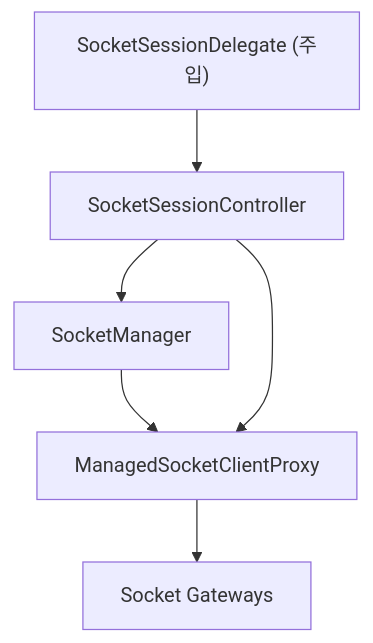
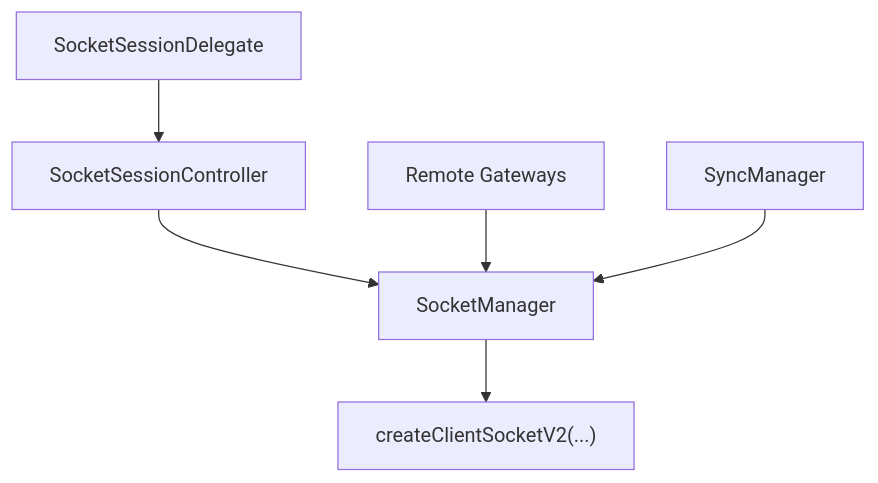
The diagram in libs/app-runtime/docs/socket/socket.md (lemoncloud-io/dou-app), drawn with Mermaid before and after one commit. The commit also changed other lines of this file and 7 other files, not shown here.

````diff
--- a/libs/app-runtime/docs/socket/socket.md
+++ b/libs/app-runtime/docs/socket/socket.md
@@ -15,10 +17,8 @@
 ```mermaid
 flowchart TD
-  Manager["SocketManager"] --> Proxy["ManagedSocketClientProxy"]
-  Proxy --> Gateways["Socket Gateways"]
-
-  Controller["SocketSessionController"] --> Manager
-  Controller --> Proxy
-
-  Delegate["SocketSessionDelegate (주입)"] --> Controller
+  Delegate["SocketSessionDelegate"] --> Controller["SocketSessionController"]
+  Controller --> Manager["SocketManager"]
+  Manager --> Client["createClientSocketV2(...)"]
+  Gateways["Remote Gateways"] --> Manager
+  Sync["SyncManager"] --> Manager
 ```
````
